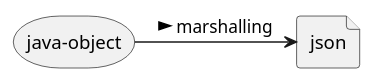
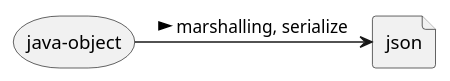
One commit to BenjaminEcker/2021-4ahif-nvs-lecture-notes changed the first of 2 diagrams in asciidocs/index.adoc. Above: the diagram before and after it, drawn with PlantUML. The commit also changed other lines of this file and 6 other files, not shown here.

```diff
--- a/asciidocs/index.adoc
+++ b/asciidocs/index.adoc
@@ -240,8 +240,8 @@
 [plantuml,marshalling,png]
 ----
 @startuml
 storage "java-object" as javaobject
 file json
-javaobject -right-> json :marshalling >
+javaobject -right-> json :marshalling, serialize >
 @enduml
 ----
```
